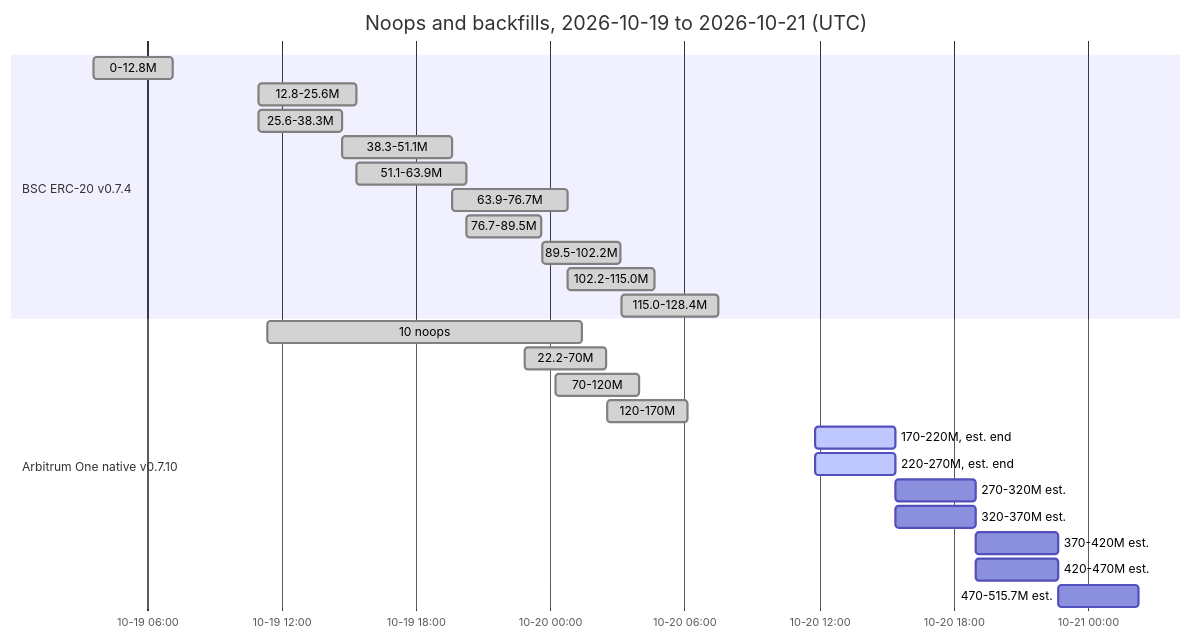
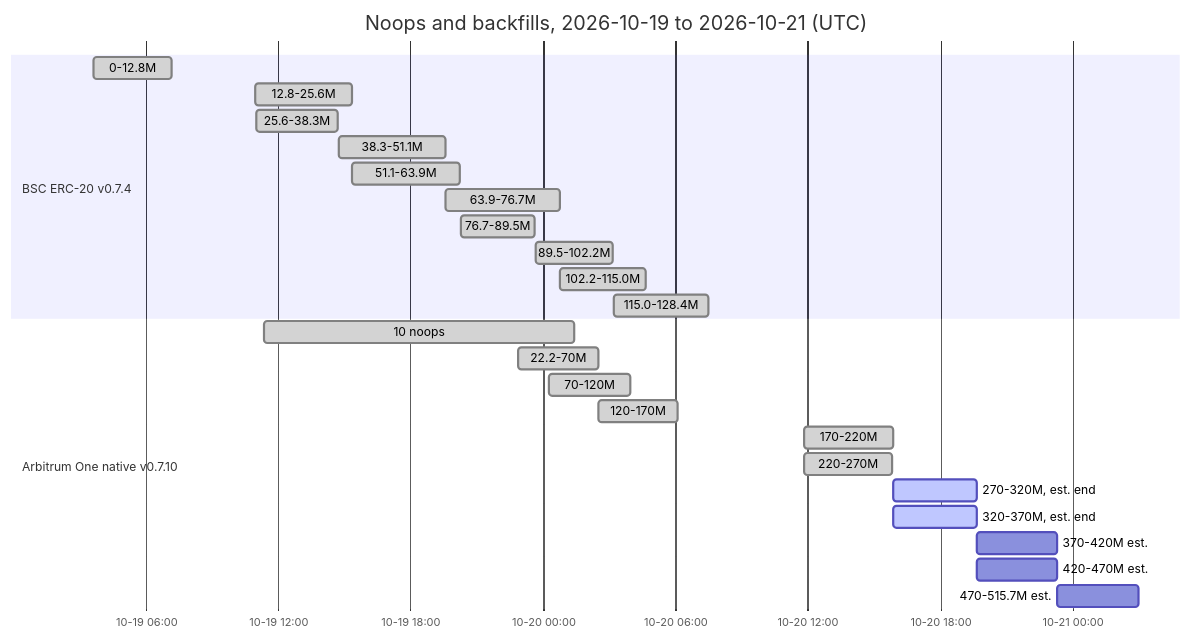
The fourth of 4 diagrams in docs/deployment-status.md (pinax-network/substreams-evm-balances), drawn with Mermaid before and after one commit. The commit also changed other lines of this file and 2 other files, not shown here.

````diff
--- a/docs/deployment-status.md
+++ b/docs/deployment-status.md
@@ -284,30 +285,30 @@
 ```mermaid
 gantt
   title Noops and backfills, 2026-10-19 to 2026-10-21 (UTC)
   dateFormat YYYY-MM-DD HH:mm
   axisFormat %m-%d %H:%M
   todayMarker off
   section BSC ERC-20 v0.7.4
   0-12.8M         :done, 2026-10-19 03:37, 2026-10-19 07:10
   12.8-25.6M      :done, 2026-10-19 10:58, 2026-10-19 15:20
   25.6-38.3M      :done, 2026-10-19 10:59, 2026-10-19 14:42
   38.3-51.1M      :done, 2026-10-19 14:43, 2026-10-19 19:36
   51.1-63.9M      :done, 2026-10-19 15:21, 2026-10-19 20:15
   63.9-76.7M      :done, 2026-10-19 19:36, 2026-10-20 00:45
   76.7-89.5M      :done, 2026-10-19 20:16, 2026-10-19 23:37
   89.5-102.2M     :done, 2026-10-19 23:39, 2026-10-20 03:09
   102.2-115.0M    :done, 2026-10-20 00:46, 2026-10-20 04:39
   115.0-128.4M    :done, 2026-10-20 03:12, 2026-10-20 07:29
   section Arbitrum One native v0.7.10
   10 noops        :done, 2026-10-19 11:22, 2026-10-20 01:25
   22.2-70M        :done, 2026-10-19 22:53, 2026-10-20 02:30
   70-120M         :done, 2026-10-20 00:15, 2026-10-20 03:58
   120-170M        :done, 2026-10-20 02:31, 2026-10-20 06:07
-  170-220M, est. end :active, 2026-10-20 11:49, 2026-10-20 15:25
-  220-270M, est. end :active, 2026-10-20 11:49, 2026-10-20 15:25
-  270-320M est.   :2026-10-20 15:25, 2026-10-20 19:00
-  320-370M est.   :2026-10-20 15:25, 2026-10-20 19:00
-  370-420M est.   :2026-10-20 19:00, 2026-10-20 22:40
-  420-470M est.   :2026-10-20 19:00, 2026-10-20 22:40
-  470-515.7M est. :2026-10-20 22:40, 2026-10-21 02:15
+  170-220M        :done, 2026-10-20 11:49, 2026-10-20 15:53
+  220-270M        :done, 2026-10-20 11:49, 2026-10-20 15:51
+  270-320M, est. end :active, 2026-10-20 15:52, 2026-10-20 19:40
+  320-370M, est. end :active, 2026-10-20 15:54, 2026-10-20 19:40
+  370-420M est.   :2026-10-20 19:40, 2026-10-20 23:20
+  420-470M est.   :2026-10-20 19:40, 2026-10-20 23:20
+  470-515.7M est. :2026-10-20 23:20, 2026-10-21 03:00
 ```
````
